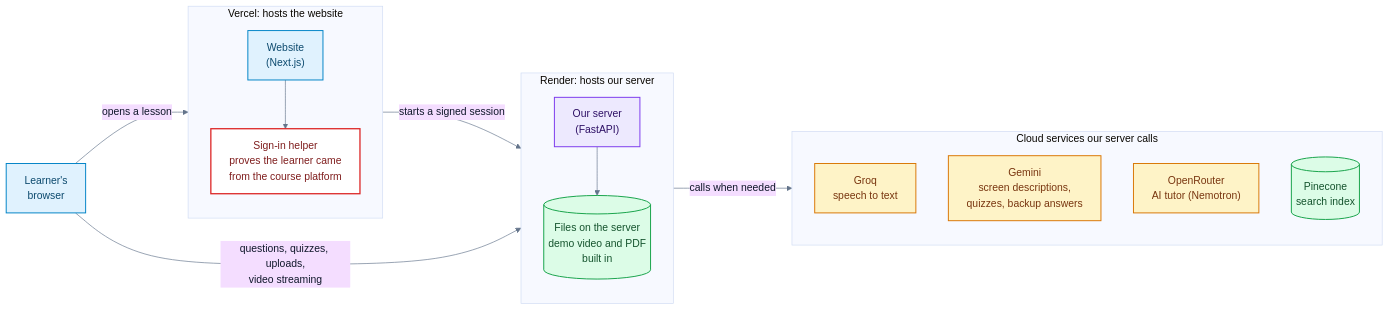
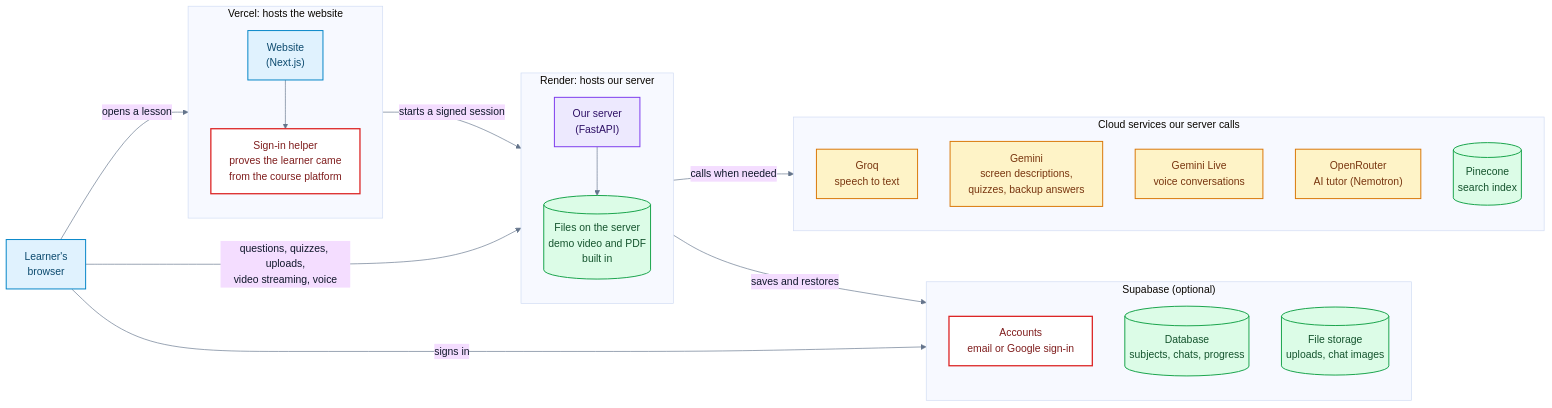
Before and after one commit to Nanu69-batman/ailearn: the diagram in submission/diagrams/src/1-hosting-topology.mmd, drawn with Mermaid. The commit also changed 10 other files, not shown here.

First line of the commit message:
docs(submission): accounts and Supabase storage, voice, chat images, auto titles, current test results

```diff
--- a/submission/diagrams/src/1-hosting-topology.mmd
+++ b/submission/diagrams/src/1-hosting-topology.mmd
@@ -1,34 +1,43 @@
 %%{init: {"theme": "base", "fontFamily": "Arial, Helvetica, sans-serif", "themeVariables": {"fontSize": "16px", "fontFamily": "Arial, Helvetica, sans-serif", "lineColor": "#64748b", "primaryTextColor": "#0f172a"}, "flowchart": {"curve": "basis", "padding": 14, "wrappingWidth": 340}}}%%
 flowchart LR
   B["Learner's<br/>browser"]:::person
   subgraph VER["Vercel: hosts the website"]
     direction TB
     W["Website<br/>(Next.js)"]:::person
     L["Sign-in helper<br/>proves the learner came<br/>from the course platform"]:::check
     W --> L
   end
   subgraph RN["Render: hosts our server"]
     direction TB
     A["Our server<br/>(FastAPI)"]:::server
     D[("Files on the server<br/>demo video and PDF<br/>built in")]:::store
     A --> D
   end
   subgraph CLOUD["Cloud services our server calls"]
     direction TB
     Q["Groq<br/>speech to text"]:::ai
     G["Gemini<br/>screen descriptions,<br/>quizzes, backup answers"]:::ai
+    GL["Gemini Live<br/>voice conversations"]:::ai
     O["OpenRouter<br/>AI tutor (Nemotron)"]:::ai
     P[("Pinecone<br/>search index")]:::store
   end
+  subgraph SUP["Supabase (optional)"]
+    direction TB
+    AU["Accounts<br/>email or Google sign-in"]:::check
+    DB[("Database<br/>subjects, chats, progress")]:::store
+    ST[("File storage<br/>uploads, chat images")]:::store
+  end
   B -->|"opens a lesson"| VER
+  B -->|"signs in"| AU
   VER -->|"starts a signed session"| RN
-  B -->|"questions, quizzes, uploads,<br/>video streaming"| RN
+  B -->|"questions, quizzes, uploads,<br/>video streaming, voice"| RN
   RN -->|"calls when needed"| CLOUD
+  RN -->|"saves and restores"| SUP
 
   classDef person fill:#e0f2fe,stroke:#0284c7,color:#0c4a6e,stroke-width:1.5px
   classDef server fill:#ede9fe,stroke:#7c3aed,color:#2e1065,stroke-width:1.5px
   classDef ai fill:#fef3c7,stroke:#d97706,color:#78350f,stroke-width:1.5px
   classDef store fill:#dcfce7,stroke:#16a34a,color:#14532d,stroke-width:1.5px
   classDef check fill:#ffffff,stroke:#dc2626,color:#7f1d1d,stroke-width:2px
   classDef good fill:#d1fae5,stroke:#059669,color:#064e3b,stroke-width:2px
   classDef stop fill:#fee2e2,stroke:#dc2626,color:#7f1d1d,stroke-width:1.5px
```
